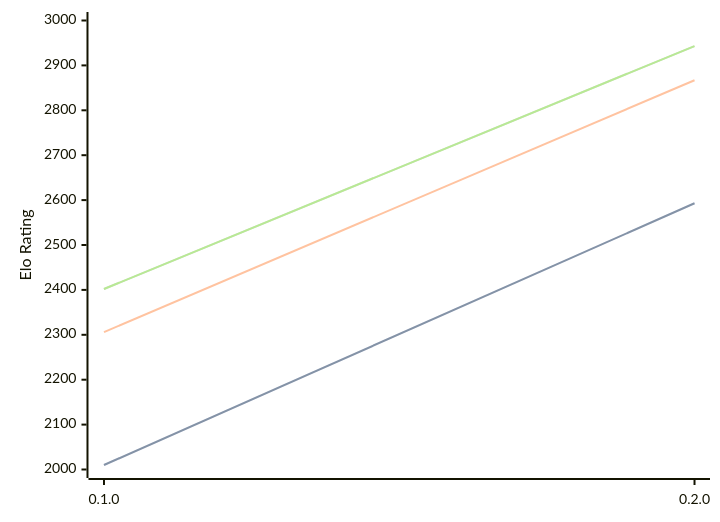
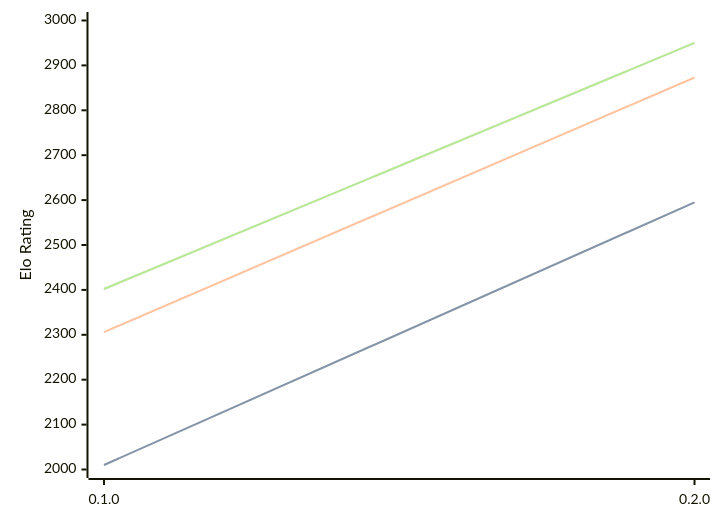
The first of 3 diagrams in engines/Justbot.md (computer-chess-index/cci), drawn with Mermaid before and after one commit. The commit also changed other lines of this file, not shown here.

Commit message:
Update CCI Ratings (ELO VLTC) - 2026-07-02

````diff
--- a/engines/Justbot.md
+++ b/engines/Justbot.md
@@ -32,11 +32,11 @@
 ```mermaid
 %%{init: {"theme":"base","themeVariables":{"seriesColors:['#a3a3a3','#222221','#faa371']}}}%%
 xychart-beta
   x-axis ["0.1.0", "0.2.0"]
   y-axis "Elo Rating" 2000 --> 3000
-  line "STC (8.0+0.08s)" [2010, 2593]
-  line "STC (8.0+0.08s)" [2010, 2593]
-  line "LTC (60.0+0.60s)" [2306, 2867]
-  line "VLTC (2m24s+1.12s)" [2402, 2943]
-  line "VLTC (2m24s+1.12s)" [2402, 2943]
+  line "STC (8.0+0.08s)" [2010, 2595]
+  line "STC (8.0+0.08s)" [2010, 2595]
+  line "LTC (60.0+0.60s)" [2306, 2873]
+  line "VLTC (2m24s+1.12s)" [2402, 2950]
+  line "VLTC (2m24s+1.12s)" [2402, 2950]
 ```
````
